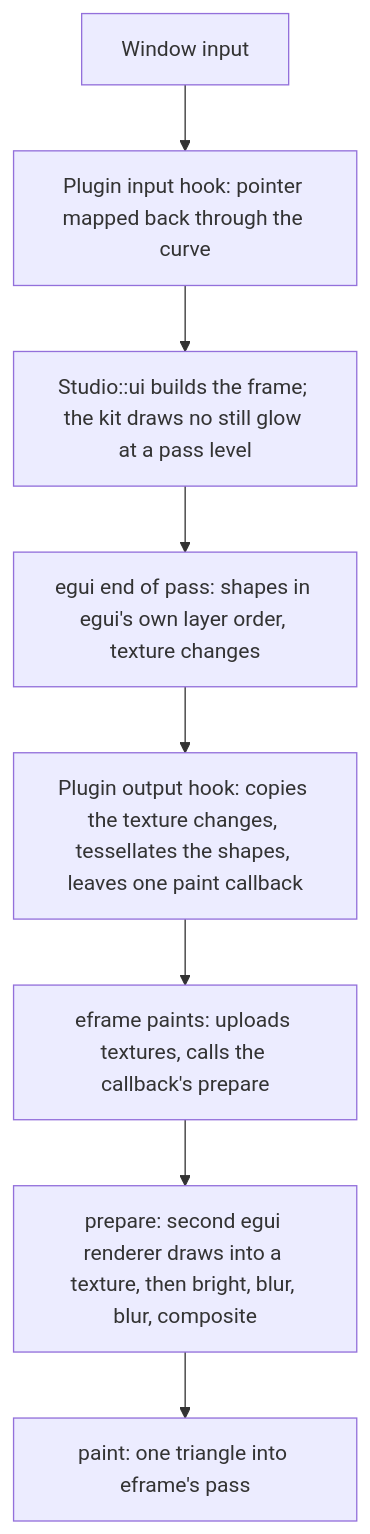
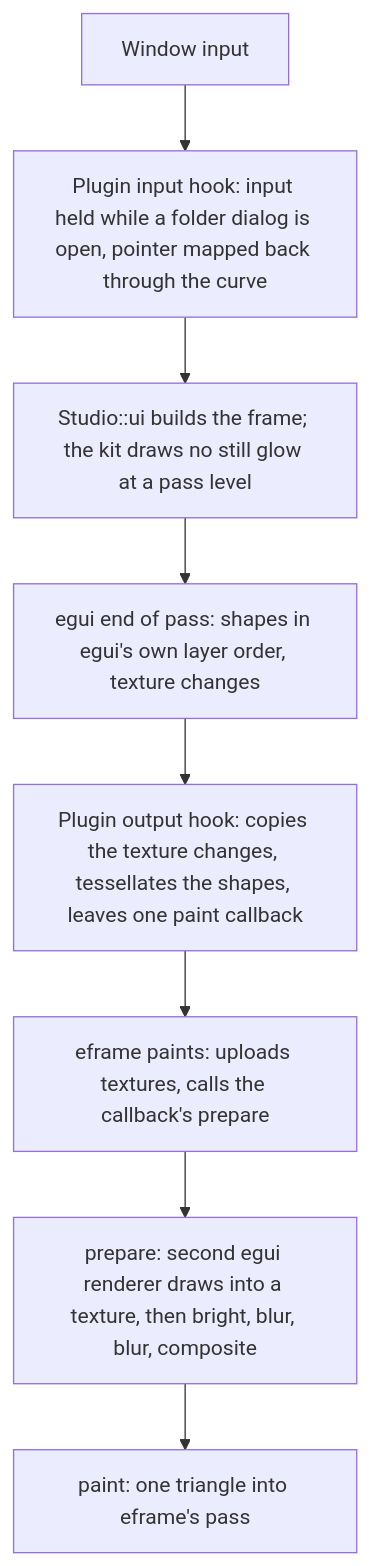
Before and after one commit to RobCo-Industries/RobCo-Studio: the sixth of 6 diagrams in docs/ARCHITECTURE.md, drawn with Mermaid. The commit also changed other lines of this file and 4 other files, not shown here.

Commit message:
Hold all window input while the folder chooser is open

````diff
--- a/docs/ARCHITECTURE.md
+++ b/docs/ARCHITECTURE.md
@@ -202,10 +202,10 @@
 ```mermaid
 flowchart TB
-    IN["Window input"] --> IH["Plugin input hook: pointer mapped back through the curve"]
+    IN["Window input"] --> IH["Plugin input hook: input held while a folder dialog is open, pointer mapped back through the curve"]
     IH --> UI["Studio::ui builds the frame; the kit draws no still glow at a pass level"]
     UI --> END["egui end of pass: shapes in egui's own layer order, texture changes"]
     END --> OH["Plugin output hook: copies the texture changes, tessellates the shapes, leaves one paint callback"]
     OH --> EF["eframe paints: uploads textures, calls the callback's prepare"]
     EF --> PR["prepare: second egui renderer draws into a texture, then bright, blur, blur, composite"]
     PR --> PA["paint: one triangle into eframe's pass"]
 ```
````
